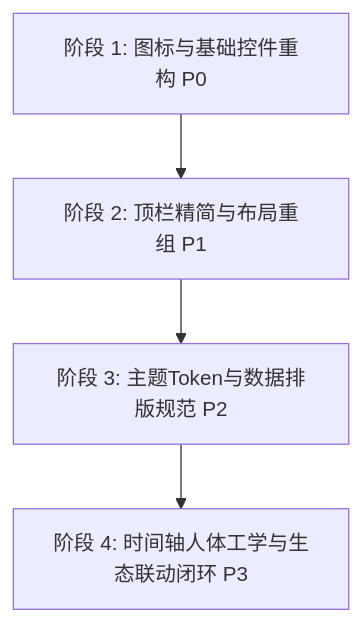
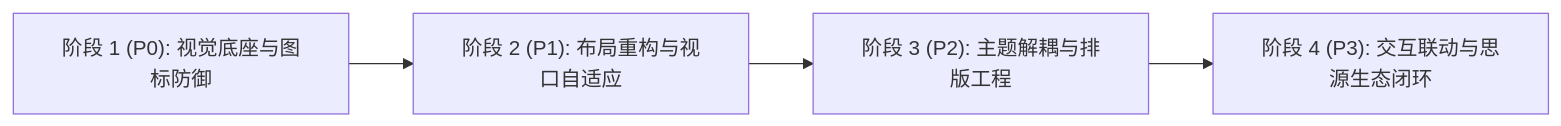
One commit to famotime/siyuan-time-spent changed the diagram in docs/ui-ux-optimization-proposal.md. Above: the diagram before and after it, drawn with Mermaid. The commit also changed other lines of this file and 15 other files, not shown here.

````diff
--- a/docs/ui-ux-optimization-proposal.md
+++ b/docs/ui-ux-optimization-proposal.md
@@ -411,6 +518,6 @@
 ```mermaid
-flowchart TD
-  A[阶段 1: 图标与基础控件重构 P0] --> B[阶段 2: 顶栏精简与布局重组 P1]
-  B --> C[阶段 3: 主题Token与数据排版规范 P2]
-  C --> D[阶段 4: 时间轴人体工学与生态联动闭环 P3]
+flowchart LR
+  P0["阶段 1 (P0): 视觉底座与图标防御"] --> P1["阶段 2 (P1): 布局重构与视口自适应"]
+  P1 --> P2["阶段 3 (P2): 主题解耦与排版工程"]
+  P2 --> P3["阶段 4 (P3): 交互联动与思源生态闭环"]
 ```
````
